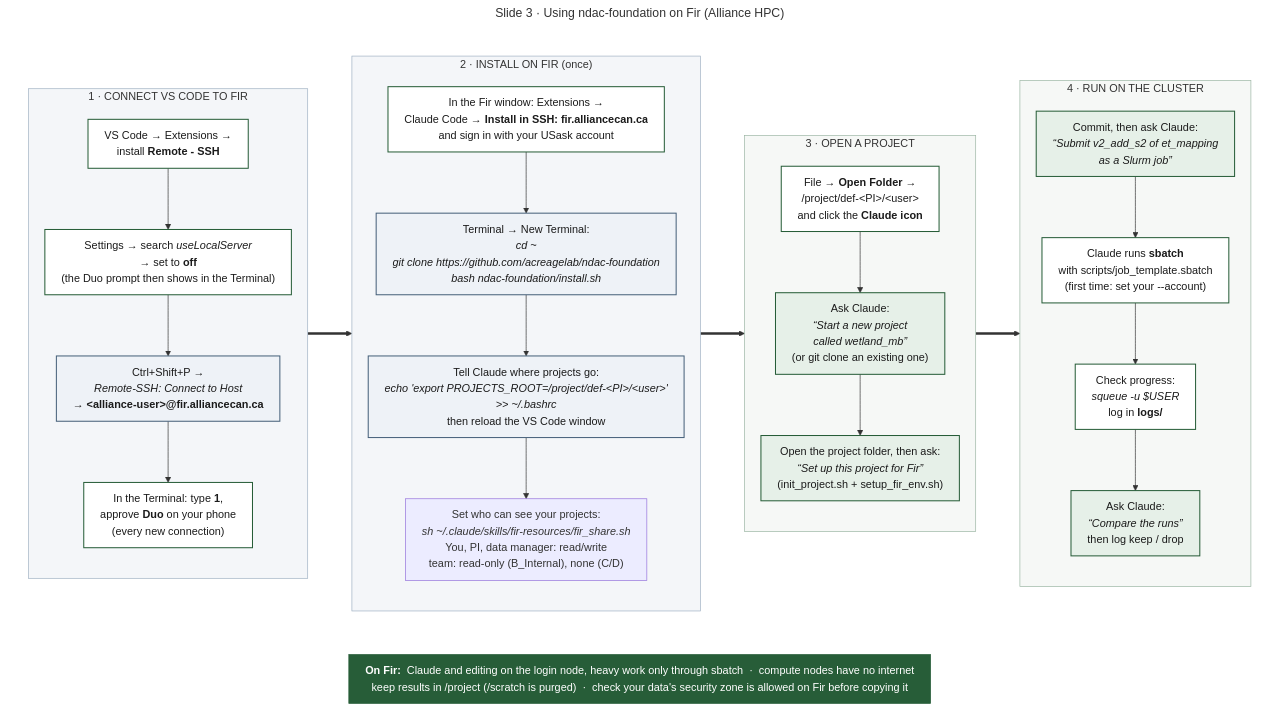
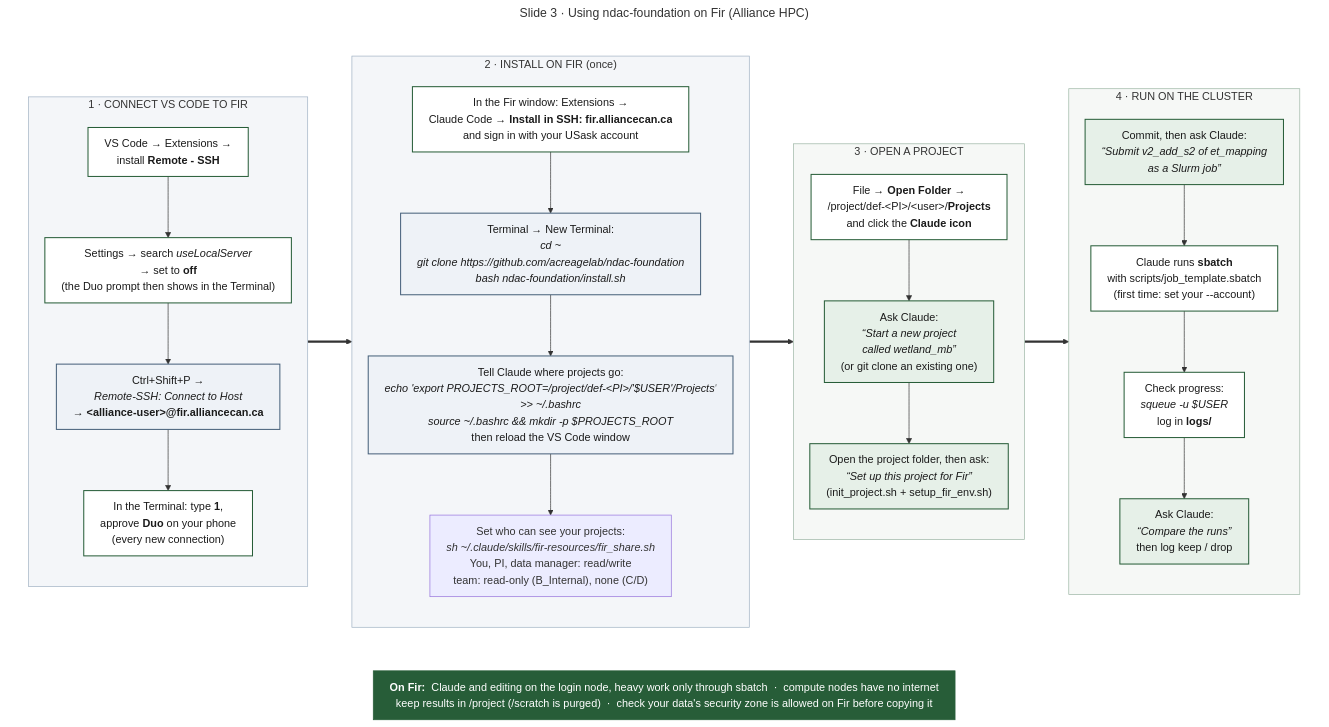
One commit to acreagelab/ndac-foundation changed the diagram in docs/training/slide3_fir.mmd. Above: the diagram before and after it, drawn with Mermaid. The commit also changed 4 other files, not shown here.

First line of the commit message:
Fir: projects go in /project/<alloc>/<user>/Projects, not the user folder

```diff
--- a/docs/training/slide3_fir.mmd
+++ b/docs/training/slide3_fir.mmd
@@ -1,49 +1,49 @@
 ---
 title: "Slide 3 · Using ndac-foundation on Fir (Alliance HPC)"
 config:
   flowchart:
     wrappingWidth: 900
     nodeSpacing: 28
     rankSpacing: 40
     padding: 12
 ---
 %% Training slide 3. Edit, then re-render (see docs/training/README.md).
 %% Never write "\n..." in Windows paths: Mermaid renders it as a line break, even escaped.
 flowchart TB
   subgraph ROW[" "]
   direction LR
   subgraph S1["1 · CONNECT VS CODE TO FIR"]
     direction TB
     A1["VS Code → Extensions →<br/>install <b>Remote - SSH</b>"] --> A2["Settings → search <i>useLocalServer</i><br/>→ set to <b>off</b><br/>(the Duo prompt then shows in the Terminal)"] --> A3["Ctrl+Shift+P →<br/><i>Remote-SSH: Connect to Host</i><br/>→ <b>&lt;alliance-user&gt;@fir.alliancecan.ca</b>"] --> A4["In the Terminal: type <b>1</b>,<br/>approve <b>Duo</b> on your phone<br/>(every new connection)"]
   end
   subgraph S2["2 · INSTALL ON FIR (once)"]
     direction TB
-    B1["In the Fir window: Extensions →<br/>Claude Code → <b>Install in SSH: fir.alliancecan.ca</b><br/>and sign in with your USask account"] --> B2["Terminal → New Terminal:<br/><i>cd ~</i><br/><i>git clone https://github.com/acreagelab/ndac-foundation</i><br/><i>bash ndac-foundation/install.sh</i>"] --> B3["Tell Claude where projects go:<br/><i>echo 'export PROJECTS_ROOT=/project/def-&lt;PI&gt;/&lt;user&gt;'</i><br/><i>>> ~/.bashrc</i><br/>then reload the VS Code window"] --> B4["Set who can see your projects:<br/><i>sh ~/.claude/skills/fir-resources/fir_share.sh</i><br/>You, PI, data manager: read/write<br/>team: read-only (B_Internal), none (C/D)"]
+    B1["In the Fir window: Extensions →<br/>Claude Code → <b>Install in SSH: fir.alliancecan.ca</b><br/>and sign in with your USask account"] --> B2["Terminal → New Terminal:<br/><i>cd ~</i><br/><i>git clone https://github.com/acreagelab/ndac-foundation</i><br/><i>bash ndac-foundation/install.sh</i>"] --> B3["Tell Claude where projects go:<br/><i>echo 'export PROJECTS_ROOT=/project/def-&lt;PI&gt;/'$USER'/Projects'</i><br/><i>>> ~/.bashrc</i><br/><i>source ~/.bashrc && mkdir -p $PROJECTS_ROOT</i><br/>then reload the VS Code window"] --> B4["Set who can see your projects:<br/><i>sh ~/.claude/skills/fir-resources/fir_share.sh</i><br/>You, PI, data manager: read/write<br/>team: read-only (B_Internal), none (C/D)"]
   end
   subgraph S3["3 · OPEN A PROJECT"]
     direction TB
-    C1["File → <b>Open Folder</b> →<br/>/project/def-&lt;PI&gt;/&lt;user&gt;<br/>and click the <b>Claude icon</b>"] --> C2["Ask Claude:<br/><i>“Start a new project<br/>called wetland_mb”</i><br/>(or git clone an existing one)"] --> C3["Open the project folder, then ask:<br/><i>“Set up this project for Fir”</i><br/>(init_project.sh + setup_fir_env.sh)"]
+    C1["File → <b>Open Folder</b> →<br/>/project/def-&lt;PI&gt;/&lt;user&gt;/<b>Projects</b><br/>and click the <b>Claude icon</b>"] --> C2["Ask Claude:<br/><i>“Start a new project<br/>called wetland_mb”</i><br/>(or git clone an existing one)"] --> C3["Open the project folder, then ask:<br/><i>“Set up this project for Fir”</i><br/>(init_project.sh + setup_fir_env.sh)"]
   end
   subgraph S4["4 · RUN ON THE CLUSTER"]
     direction TB
     D1["Commit, then ask Claude:<br/><i>“Submit v2_add_s2 of et_mapping<br/>as a Slurm job”</i>"] --> D2["Claude runs <b>sbatch</b><br/>with scripts/job_template.sbatch<br/>(first time: set your --account)"] --> D3["Check progress:<br/><i>squeue -u $USER</i><br/>log in <b>logs/</b>"] --> D4["Ask Claude:<br/><i>“Compare the runs”</i><br/>then log keep / drop"]
   end
   S1 ==> S2 ==> S3 ==> S4
   end
 
   RULES["<b>On Fir:</b>&nbsp; Claude and editing on the login node, heavy work only through sbatch &nbsp;·&nbsp; compute nodes have no internet<br/>keep results in /project (/scratch is purged) &nbsp;·&nbsp; check your data's security zone is allowed on Fir before copying it"]
   ROW ~~~ RULES
 
   classDef step fill:#ffffff,stroke:#275D38,stroke-width:1.5px,color:#1b1b1b;
   classDef ask fill:#e6f0e8,stroke:#275D38,stroke-width:1.5px,color:#1b1b1b;
   classDef cmd fill:#eef2f7,stroke:#46607a,stroke-width:1.5px,color:#1b1b1b;
   classDef banner fill:#275D38,stroke:#275D38,color:#ffffff;
   class A1,A2,A4,B1,C1,D2,D3 step;
   class C2,C3,D1,D4 ask;
   class A3,B2,B3 cmd;
   class RULES banner;
   style S1 fill:#f4f6f9,stroke:#9fb0c2
   style S2 fill:#f4f6f9,stroke:#9fb0c2
   style S3 fill:#f6f8f6,stroke:#9bb5a3
   style S4 fill:#f6f8f6,stroke:#9bb5a3
   style ROW fill:#ffffff,stroke:#ffffff,stroke-width:0px
```
